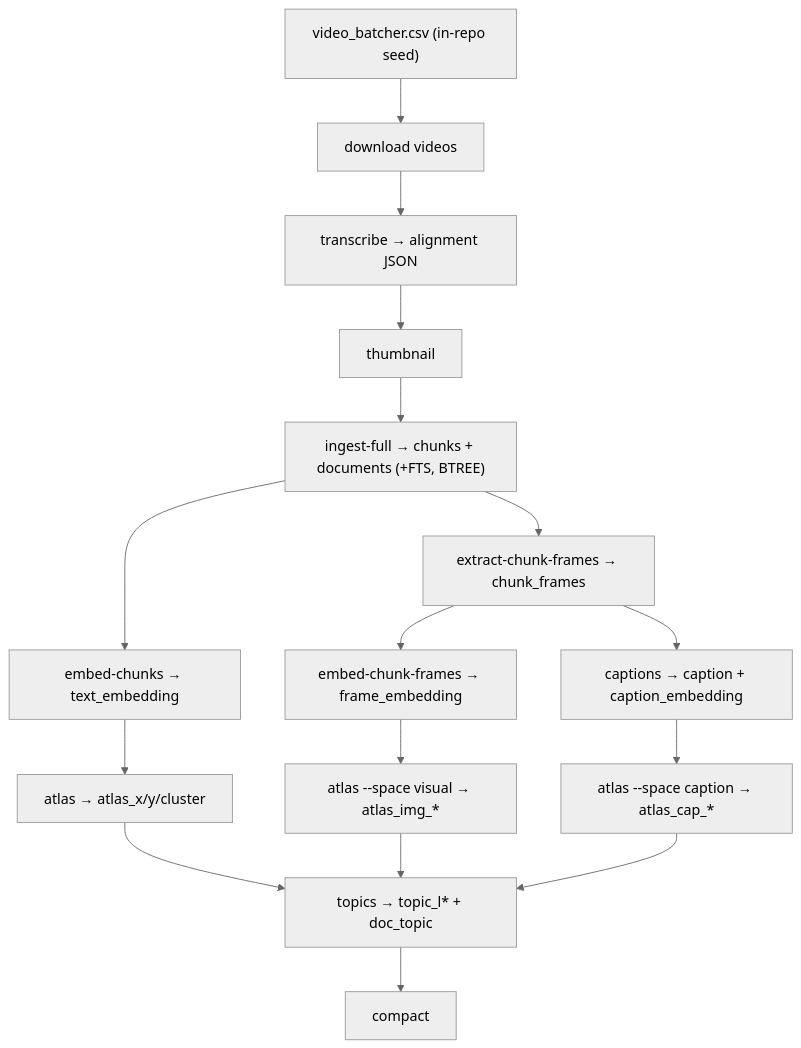
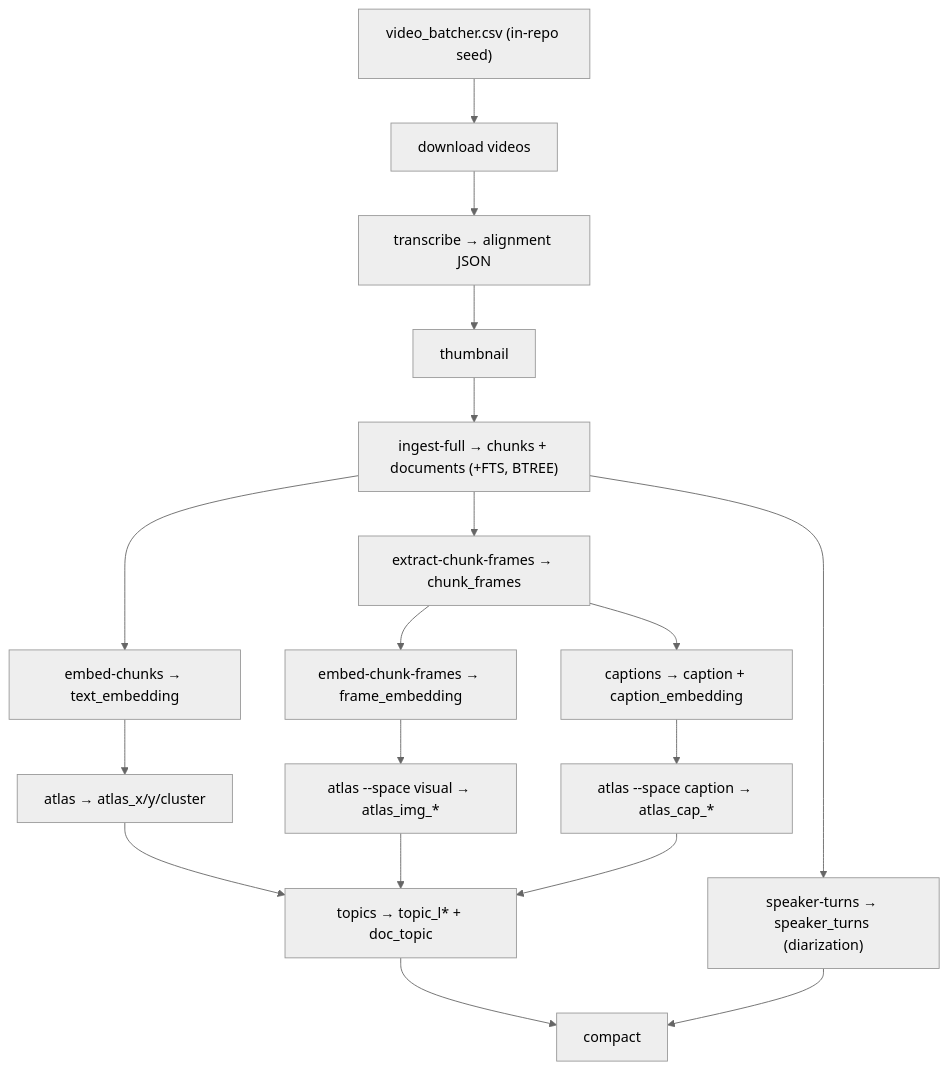
The diagram in docs/REPRODUCE.md (Borg93/lance-audio-demo), drawn with Mermaid (neutral theme) before and after one commit. The commit also changed other lines of this file and 14 other files, not shown here.

First line of the commit message:
feat(diarization): per-video speaker diarization with a Speakers timeline

````diff
--- a/docs/REPRODUCE.md
+++ b/docs/REPRODUCE.md
@@ -119,18 +120,20 @@
 ```mermaid
 flowchart TD
     CSV["video_batcher.csv (in-repo seed)"] --> DL[download videos]
     DL --> TR[transcribe → alignment JSON]
     TR --> TH[thumbnail]
     TH --> ING["ingest-full → chunks + documents (+FTS, BTREE)"]
     ING --> TE[embed-chunks → text_embedding]
     ING --> XF[extract-chunk-frames → chunk_frames]
+    ING --> ST["speaker-turns → speaker_turns (diarization)"]
     XF --> FE[embed-chunk-frames → frame_embedding]
     XF --> CAP["captions → caption + caption_embedding"]
     TE --> AT[atlas → atlas_x/y/cluster]
     FE --> ATV[atlas --space visual → atlas_img_*]
     CAP --> ATC[atlas --space caption → atlas_cap_*]
     AT --> TOP[topics → topic_l* + doc_topic]
     ATV --> TOP
     ATC --> TOP
     TOP --> CO[compact]
+    ST --> CO
 ```
````
